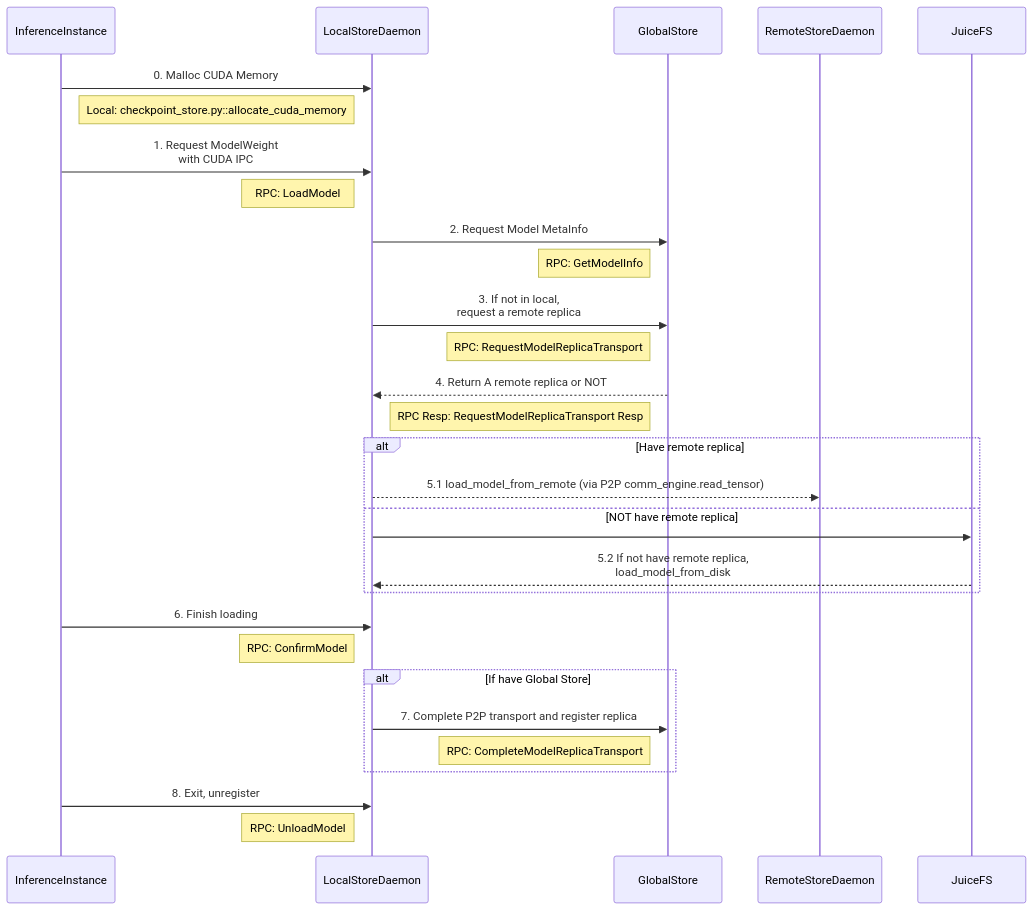
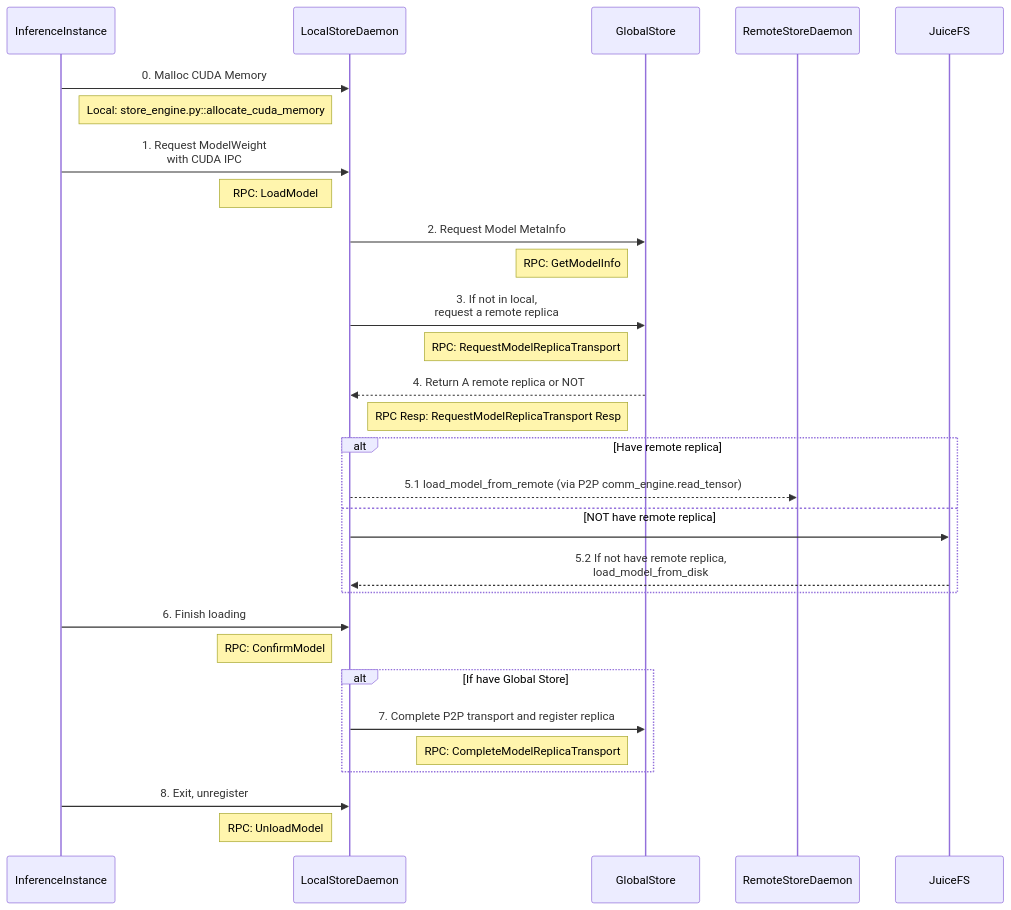
The diagram in web-docs/docs/developer-guides/internals/model-loading.md (tensorcast-ai/tensorcast), drawn with Mermaid before and after one commit. The commit also changed other lines of this file and 54 other files, not shown here.

Commit message:
refactor: rename CheckpointStore to StoreEngine

````diff
--- a/web-docs/docs/developer-guides/internals/model-loading.md
+++ b/web-docs/docs/developer-guides/internals/model-loading.md
@@ -29,41 +29,41 @@
 ```mermaid
 sequenceDiagram
     participant InferenceInstance
     participant LocalStoreDaemon
     participant GlobalStore
     participant RemoteStoreDaemon
     participant JuiceFS
 
     InferenceInstance->>LocalStoreDaemon: 0. Malloc CUDA Memory
-    Note right of InferenceInstance: Local: checkpoint_store.py::allocate_cuda_memory
+    Note right of InferenceInstance: Local: store_engine.py::allocate_cuda_memory
 
     InferenceInstance->>LocalStoreDaemon: 1. Request ModelWeight<br/>with CUDA IPC
     Note left of LocalStoreDaemon: RPC: LoadModel
 
     LocalStoreDaemon->>GlobalStore: 2. Request Model MetaInfo
     Note left of GlobalStore: RPC: GetModelInfo
 
     LocalStoreDaemon->>GlobalStore: 3. If not in local,<br/>request a remote replica
     Note left of GlobalStore: RPC: RequestModelReplicaTransport
 
     GlobalStore-->>LocalStoreDaemon: 4. Return A remote replica or NOT
     Note left of GlobalStore: RPC Resp: RequestModelReplicaTransport Resp
 
     alt Have remote replica
         LocalStoreDaemon-->>RemoteStoreDaemon: 5.1 load_model_from_remote (via P2P comm_engine.read_tensor)
     else NOT have remote replica
         LocalStoreDaemon->>JuiceFS:
         JuiceFS-->>LocalStoreDaemon: 5.2 If not have remote replica,<br/>load_model_from_disk
     end
 
     InferenceInstance->>LocalStoreDaemon: 6. Finish loading
     Note left of LocalStoreDaemon: RPC: ConfirmModel
 
     alt If have Global Store
         LocalStoreDaemon->>GlobalStore: 7. Complete P2P transport and register replica
         Note left of GlobalStore: RPC: CompleteModelReplicaTransport
     end
 
     InferenceInstance->>LocalStoreDaemon: 8. Exit, unregister
     Note left of LocalStoreDaemon: RPC: UnloadModel
 ```
````
